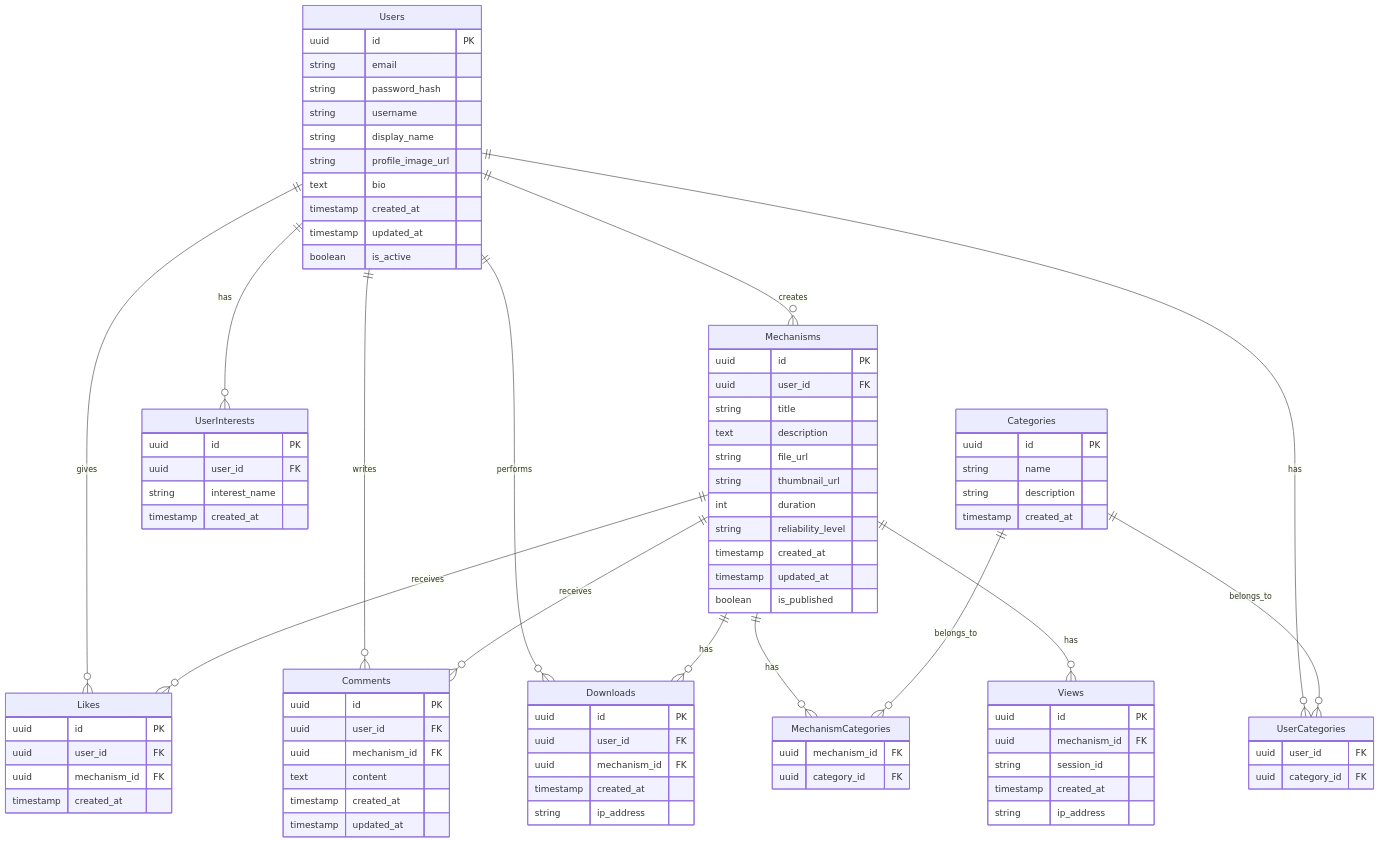
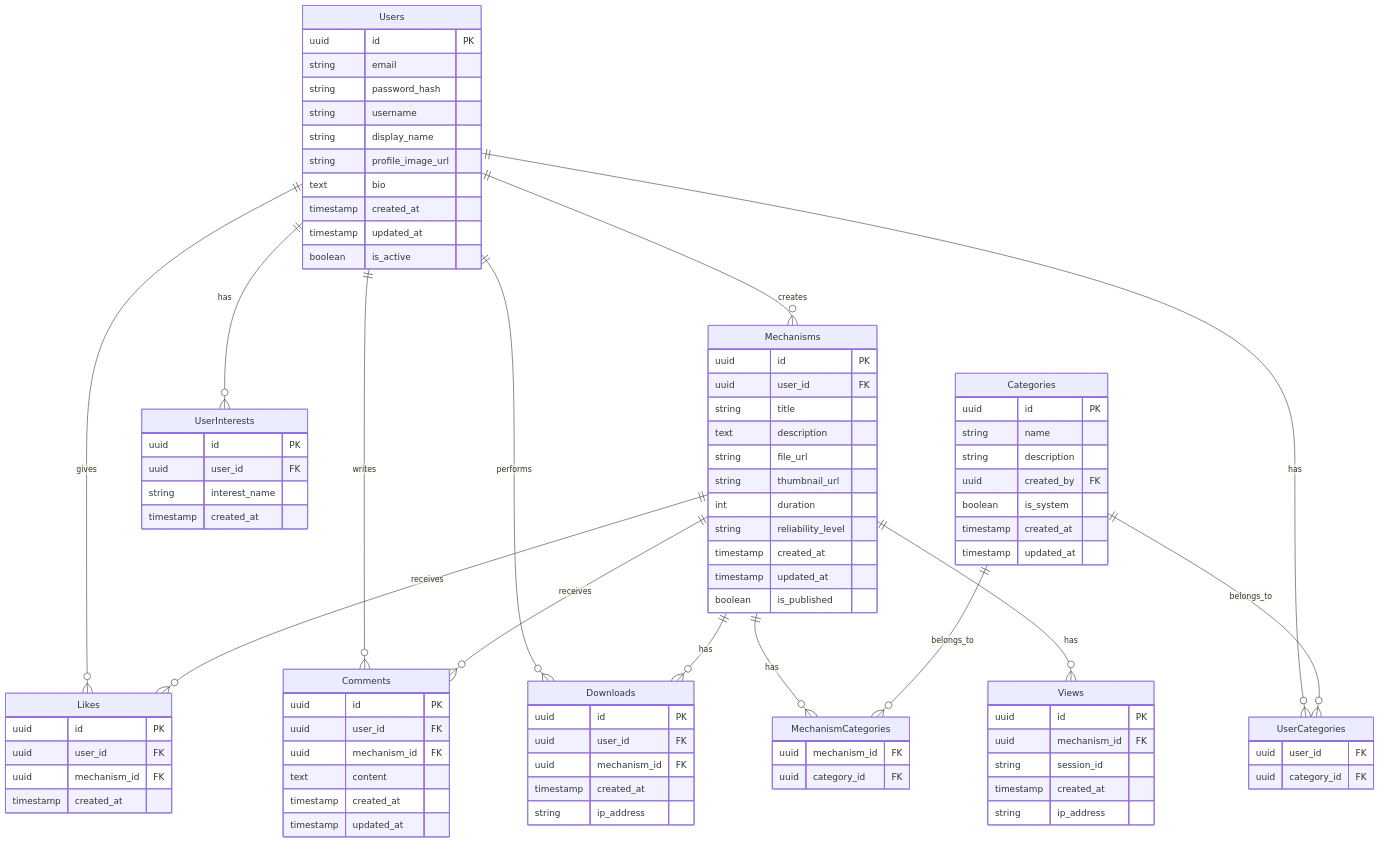
One commit to moro-qq82/phys_mech changed the diagram in src/phys-mech-erd.mermaid. Above: the diagram before and after it, drawn with Mermaid. The commit also changed 5 other files, not shown here.

```diff
--- a/src/phys-mech-erd.mermaid
+++ b/src/phys-mech-erd.mermaid
@@ -1,99 +1,102 @@
 erDiagram
     Users ||--o{ Mechanisms : creates
     Users ||--o{ Likes : gives
     Users ||--o{ Comments : writes
     Users ||--o{ Downloads : performs
     Users ||--o{ UserInterests : has
     Users ||--o{ UserCategories : has
     
     Mechanisms ||--o{ Likes : receives
     Mechanisms ||--o{ Comments : receives
     Mechanisms ||--o{ Downloads : has
     Mechanisms ||--o{ MechanismCategories : has
     Mechanisms ||--o{ Views : has
 
     Categories ||--o{ MechanismCategories : belongs_to
     Categories ||--o{ UserCategories : belongs_to
 
     Users {
         uuid id PK
         string email
         string password_hash
         string username
         string display_name
         string profile_image_url
         text bio
         timestamp created_at
         timestamp updated_at
         boolean is_active
     }
 
     Mechanisms {
         uuid id PK
         uuid user_id FK
         string title
         text description
         string file_url
         string thumbnail_url
         int duration
         string reliability_level
         timestamp created_at
         timestamp updated_at
         boolean is_published
     }
 
     Categories {
         uuid id PK
         string name
         string description
+        uuid created_by FK
+        boolean is_system
         timestamp created_at
+        timestamp updated_at
     }
 
     MechanismCategories {
         uuid mechanism_id FK
         uuid category_id FK
     }
 
     UserCategories {
         uuid user_id FK
         uuid category_id FK
     }
 
     UserInterests {
         uuid id PK
         uuid user_id FK
         string interest_name
         timestamp created_at
     }
 
     Likes {
         uuid id PK
         uuid user_id FK
         uuid mechanism_id FK
         timestamp created_at
     }
 
     Comments {
         uuid id PK
         uuid user_id FK
         uuid mechanism_id FK
         text content
         timestamp created_at
         timestamp updated_at
     }
 
     Downloads {
         uuid id PK
         uuid user_id FK
         uuid mechanism_id FK
         timestamp created_at
         string ip_address
     }
 
     Views {
         uuid id PK
         uuid mechanism_id FK
         string session_id
         timestamp created_at
         string ip_address
     }
```
